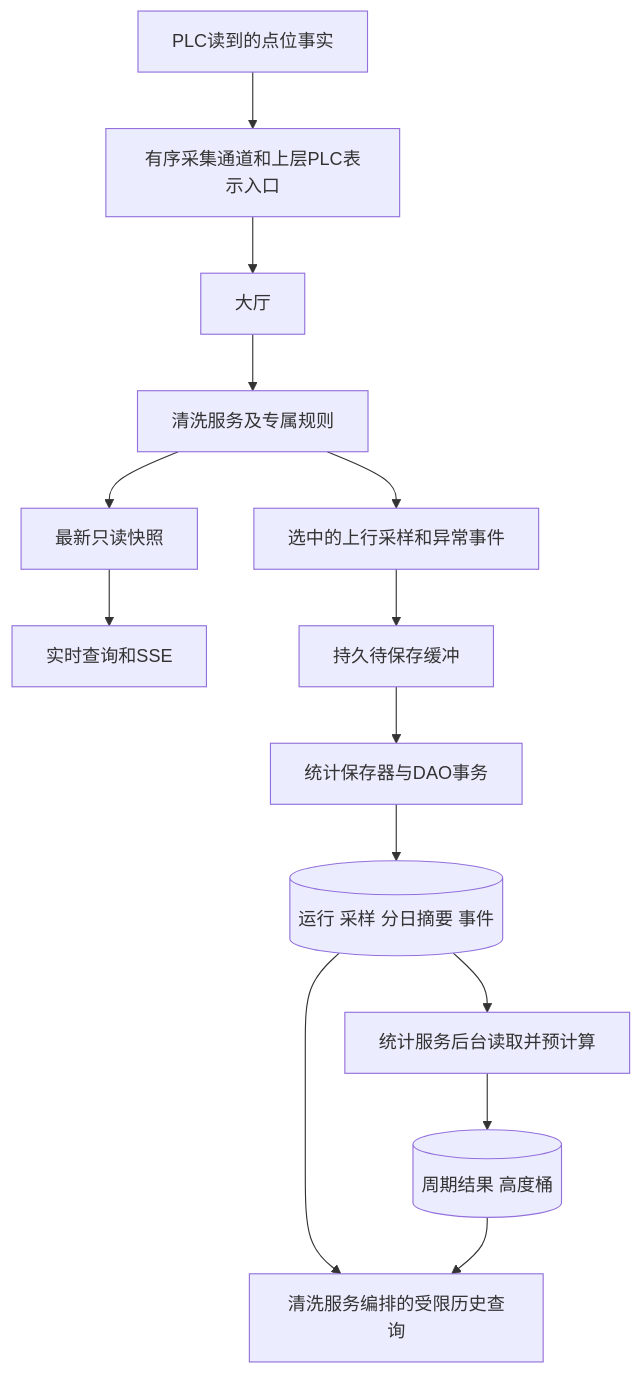
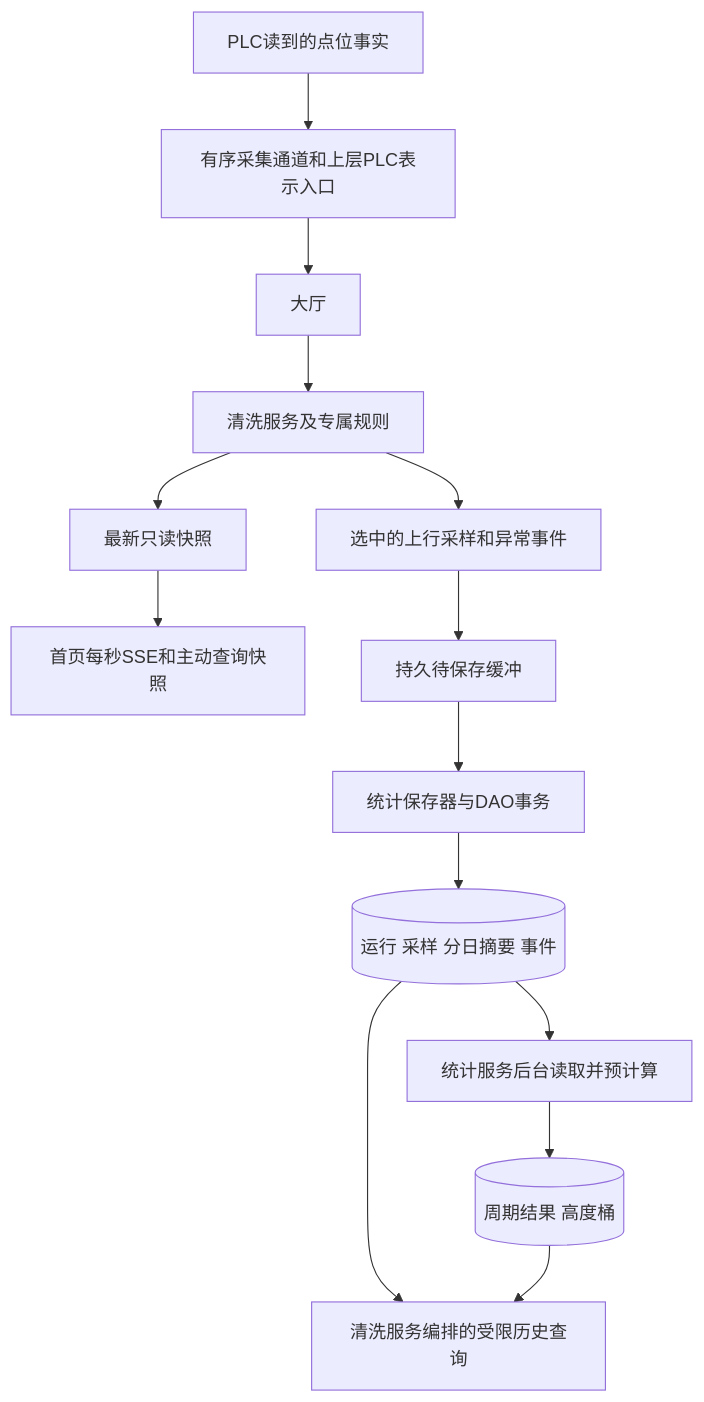
One commit to lingin01/smartWashCloude-server changed the diagram in docs/unified-plc-business-and-data-plan.md. Above: the diagram before and after it, drawn with Mermaid. The commit also changed other lines of this file and 13 other files, not shown here.

````diff
--- a/docs/unified-plc-business-and-data-plan.md
+++ b/docs/unified-plc-business-and-data-plan.md
@@ -161,16 +180,16 @@
 ```mermaid
 flowchart TD
     PLC[PLC读到的点位事实] --> Ingress[有序采集通道和上层PLC表示入口]
     Ingress --> Lobby[大厅]
     Lobby --> Cleaning[清洗服务及专属规则]
     Cleaning --> Latest[最新只读快照]
-    Latest --> Realtime[实时查询和SSE]
+    Latest --> Realtime[首页每秒SSE和主动查询快照]
     Cleaning --> Selected[选中的上行采样和异常事件]
     Selected --> Pending[持久待保存缓冲]
     Pending --> Save[统计保存器与DAO事务]
     Save --> Facts[(运行 采样 分日摘要 事件)]
     Facts --> Build[统计服务后台读取并预计算]
     Build --> Summary[(周期结果 高度桶)]
     Facts --> History[清洗服务编排的受限历史查询]
     Summary --> History
 ```
````
